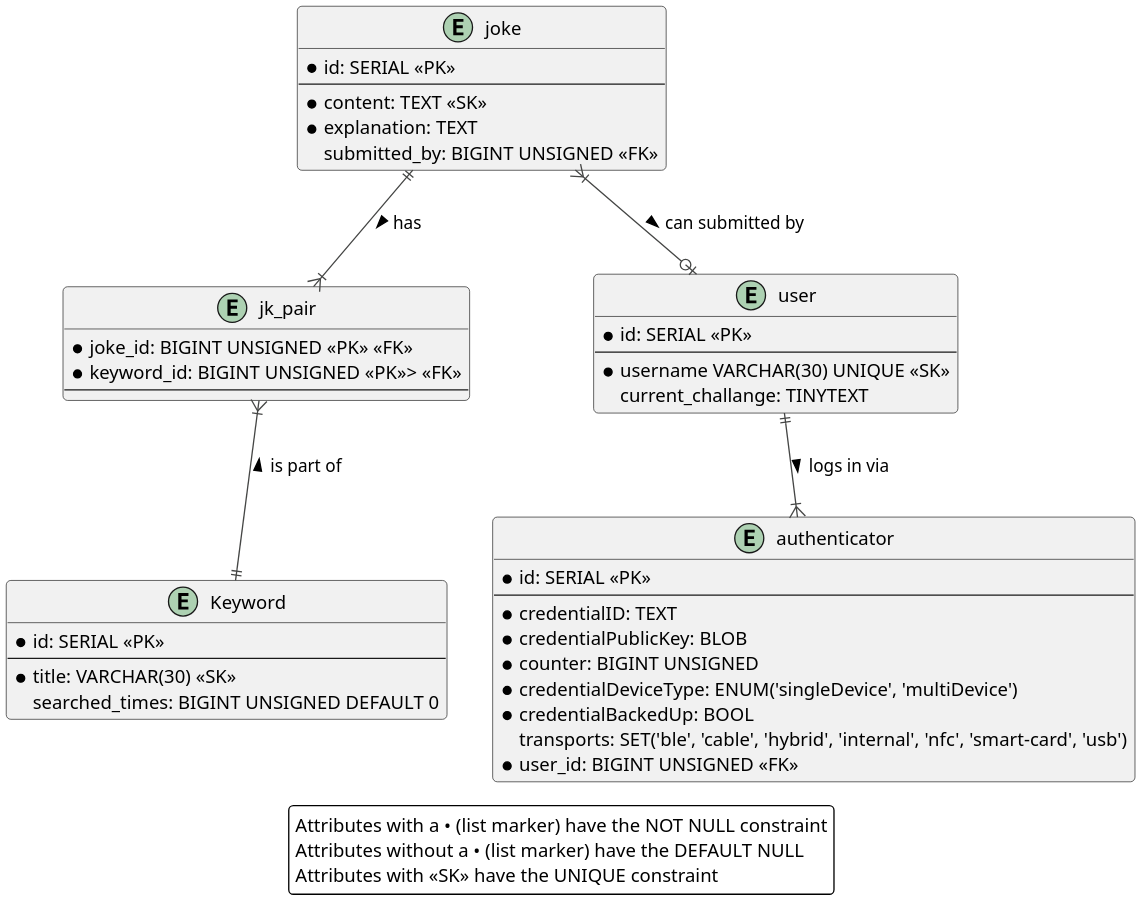
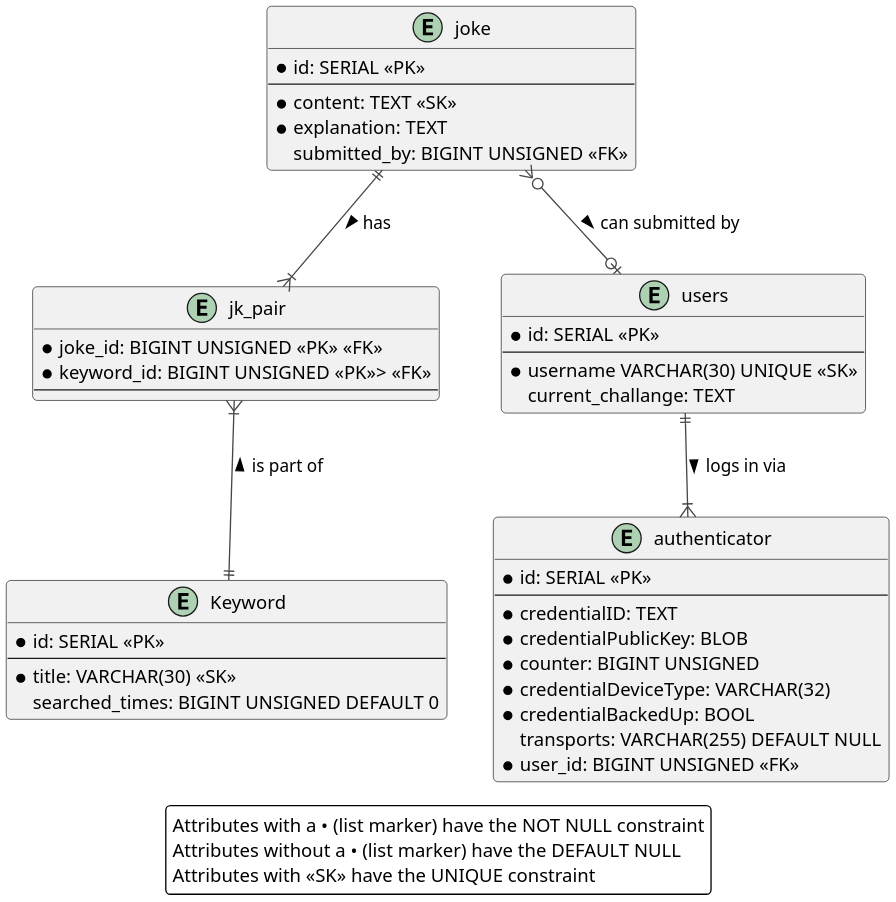
The second of 2 diagrams in database/database_model.md (SturmDerLiebe/bavarian_joke_generator), drawn with PlantUML before and after one commit. The commit also changed other lines of this file, not shown here.

Commit message:
Doc(Database): Reflect changes in database model

```diff
--- a/database/database_model.md
+++ b/database/database_model.md
@@ -45,58 +45,58 @@
 @startuml
 'skinparam linetype ortho
 scale 2
 !theme vibrant
 
 entity joke {
     * id: SERIAL <<PK>>
     --
     * content: TEXT <<SK>>
     * explanation: TEXT
     submitted_by: BIGINT UNSIGNED <<FK>>
 }
 
 entity jk_pair {
     * joke_id: BIGINT UNSIGNED <<PK>> <<FK>>
     * keyword_id: BIGINT UNSIGNED <<PK>>> <<FK>>
     --
 }
 
 entity Keyword  {
     ' use id instead of title as PK for performance and easier editing of keywords
     * id: SERIAL <<PK>>
     --
     * title: VARCHAR(30) <<SK>>
     searched_times: BIGINT UNSIGNED DEFAULT 0
 }
 
-entity user {
+entity users {
     ' The extra id is necessary for using simplewebauthn:
     * id: SERIAL <<PK>>
     --
     * username VARCHAR(30) UNIQUE <<SK>>
-    current_challange: TINYTEXT
+    current_challange: TEXT
 }
 
 entity authenticator {
     * id: SERIAL <<PK>>
     --
     * credentialID: TEXT
     * credentialPublicKey: BLOB
     * counter: BIGINT UNSIGNED
-    * credentialDeviceType: ENUM('singleDevice', 'multiDevice')
+    * credentialDeviceType: VARCHAR(32)
     * credentialBackedUp: BOOL
-    transports: SET('ble', 'cable', 'hybrid', 'internal', 'nfc', 'smart-card', 'usb')
+    transports: VARCHAR(255) DEFAULT NULL
     * user_id: BIGINT UNSIGNED <<FK>>
 }
 
 joke ||--|{ jk_pair : has >
 jk_pair }|--|| Keyword : is part of <
-joke }|--o| user : can submitted by >
-user ||--|{ authenticator : logs in via > 
+joke }o--o| users : can submitted by >
+users ||--|{ authenticator : logs in via > 
 
 legend
     Attributes with a • (list marker) have the NOT NULL constraint
     Attributes without a • (list marker) have the DEFAULT NULL
     Attributes with <<SK>> have the UNIQUE constraint
 endlegend
 @enduml
```
